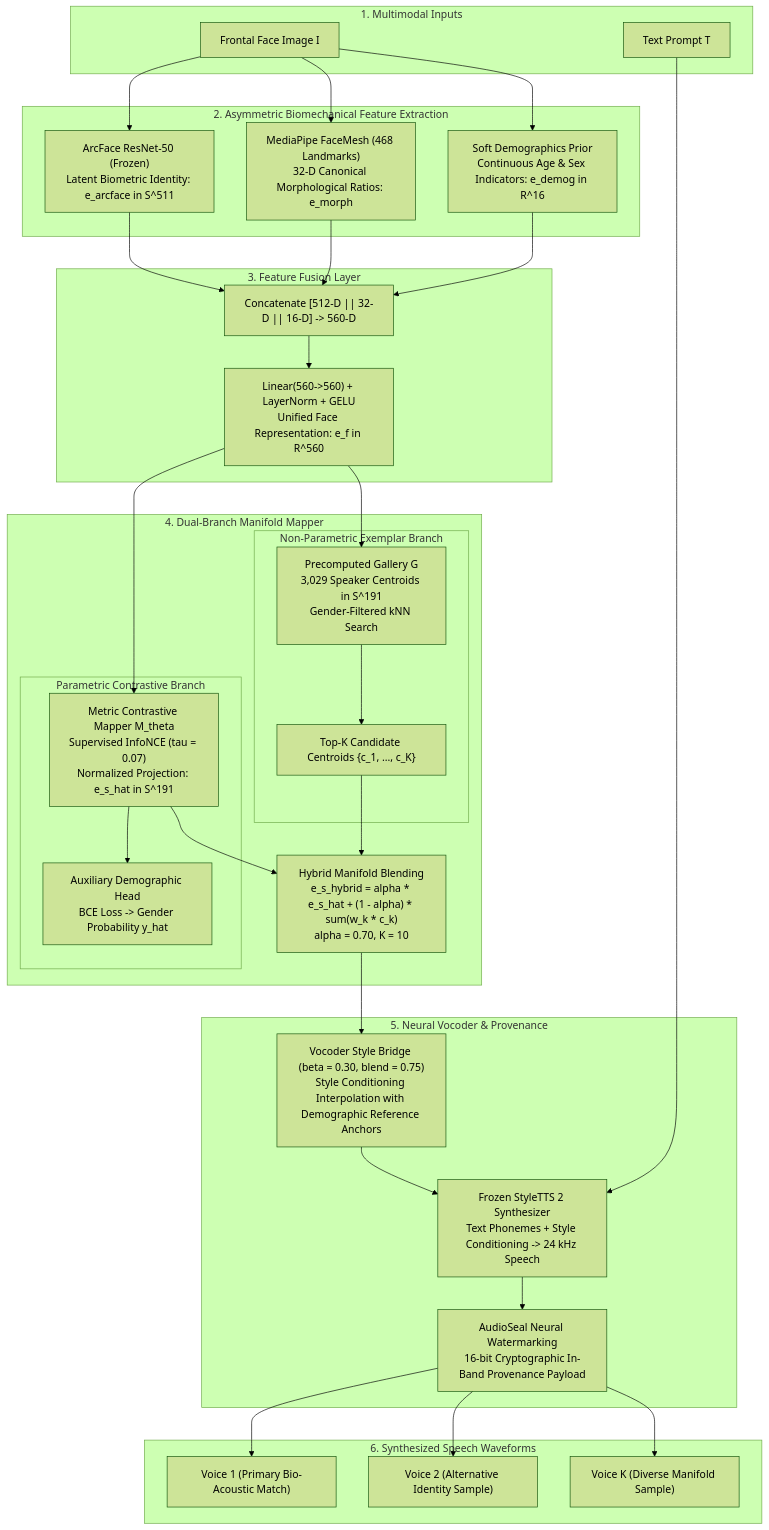
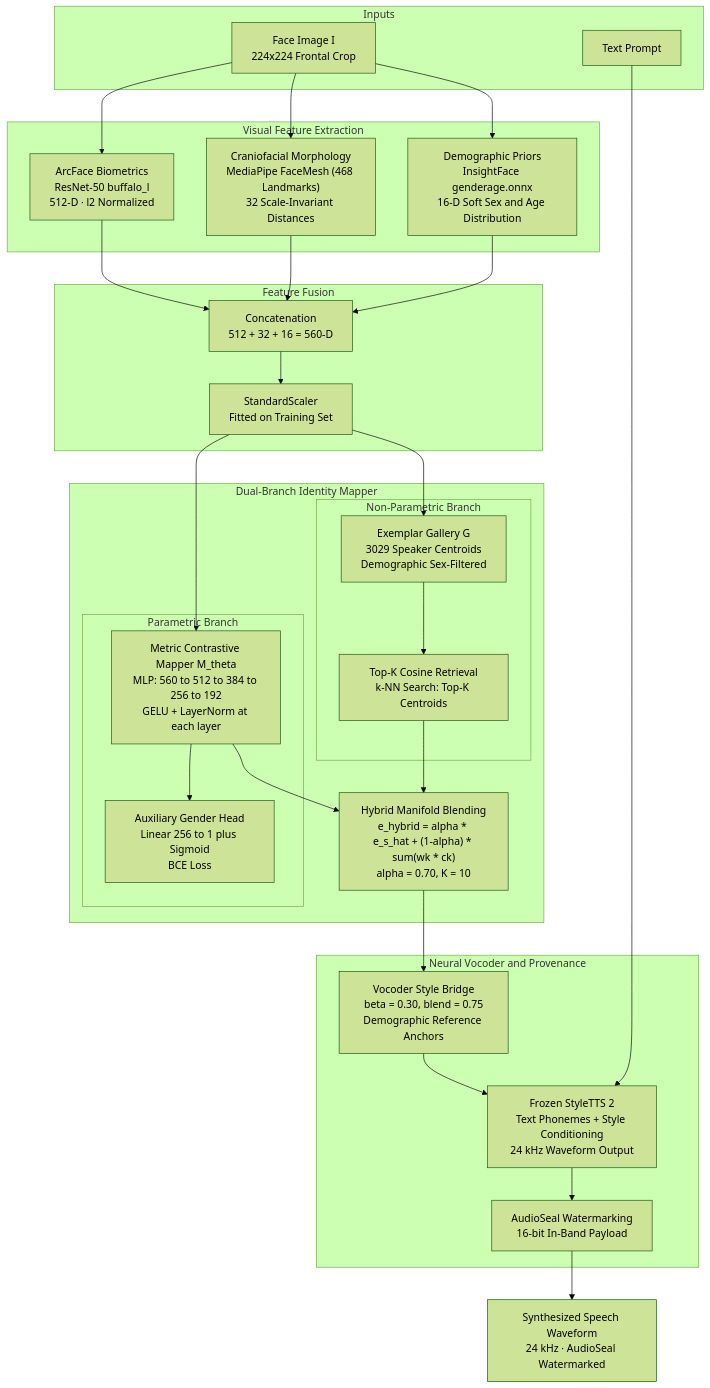
One commit to AdityaWagh19/Voix-F2S-System changed the fourth of 5 diagrams in README.md. Above: the diagram before and after it, drawn with Mermaid (forest theme). The commit also changed other lines of this file and 12 other files, not shown here.

First line of the commit message:
docs: overhaul README with Mermaid diagrams, proper LaTeX math, clean structure

````diff
--- a/README.md
+++ b/README.md
@@ -101,66 +84,55 @@
 ```mermaid
 flowchart TD
-    subgraph INPUT["1. Multimodal Inputs"]
-        IMG["Frontal Face Image I"]
-        TXT["Text Prompt T"]
+    subgraph INPUTS["Inputs"]
+        IMG["Face Image I<br/>224x224 Frontal Crop"]
+        TXT["Text Prompt"]
     end
 
-    subgraph ENCODING["2. Asymmetric Biomechanical Feature Extraction"]
-        AF["ArcFace ResNet-50 (Frozen)<br/>Latent Biometric Identity: e_arcface in S^511"]
-        FM["MediaPipe FaceMesh (468 Landmarks)<br/>32-D Canonical Morphological Ratios: e_morph"]
-        SD["Soft Demographics Prior<br/>Continuous Age & Sex Indicators: e_demog in R^16"]
+    subgraph VISUAL["Visual Feature Extraction"]
+        ARC["ArcFace Biometrics<br/>ResNet-50 buffalo_l<br/>512-D · l2 Normalized"]
+        MORPH["Craniofacial Morphology<br/>MediaPipe FaceMesh (468 Landmarks)<br/>32 Scale-Invariant Distances"]
+        DEMOG["Demographic Priors<br/>InsightFace genderage.onnx<br/>16-D Soft Sex and Age Distribution"]
     end
 
-    IMG --> AF
-    IMG --> FM
-    IMG --> SD
-
-    subgraph FUSION["3. Feature Fusion Layer"]
-        CONCAT["Concatenate [512-D || 32-D || 16-D] -> 560-D"]
-        PROJ["Linear(560->560) + LayerNorm + GELU<br/>Unified Face Representation: e_f in R^560"]
-        CONCAT --> PROJ
+    subgraph FUSION["Feature Fusion"]
+        CONCAT["Concatenation<br/>512 + 32 + 16 = 560-D"]
+        SCALE["StandardScaler<br/>Fitted on Training Set"]
     end
 
-    AF --> CONCAT
-    FM --> CONCAT
-    SD --> CONCAT
-
-    subgraph MAPPER["4. Dual-Branch Manifold Mapper"]
-        subgraph PARAMETRIC["Parametric Contrastive Branch"]
-            CONT["Metric Contrastive Mapper M_theta<br/>Supervised InfoNCE (tau = 0.07)<br/>Normalized Projection: e_s_hat in S^191"]
-            GEND["Auxiliary Demographic Head<br/>BCE Loss -> Gender Probability y_hat"]
-            CONT --> GEND
+    subgraph MAPPER["Dual-Branch Identity Mapper"]
+        subgraph PARAM["Parametric Branch"]
+            MLP["Metric Contrastive Mapper M_theta<br/>MLP: 560 to 512 to 384 to 256 to 192<br/>GELU + LayerNorm at each layer"]
+            GHEAD["Auxiliary Gender Head<br/>Linear 256 to 1 plus Sigmoid<br/>BCE Loss"]
+            MLP --> GHEAD
         end
-        subgraph NON_PARAMETRIC["Non-Parametric Exemplar Branch"]
-            GALLERY["Precomputed Gallery G<br/>3,029 Speaker Centroids in S^191<br/>Gender-Filtered kNN Search"]
-            NEIGHBORS["Top-K Candidate Centroids {c_1, ..., c_K}"]
-            GALLERY --> NEIGHBORS
+        subgraph NONPARAM["Non-Parametric Branch"]
+            GAL["Exemplar Gallery G<br/>3029 Speaker Centroids<br/>Demographic Sex-Filtered"]
+            KNN["Top-K Cosine Retrieval<br/>k-NN Search: Top-K Centroids"]
+            GAL --> KNN
         end
-        HYBRID["Hybrid Manifold Blending<br/>e_s_hybrid = alpha * e_s_hat + (1 - alpha) * sum(w_k * c_k)<br/>alpha = 0.70, K = 10"]
-        CONT --> HYBRID
-        NEIGHBORS --> HYBRID
+        BLEND["Hybrid Manifold Blending<br/>e_hybrid = alpha * e_s_hat + (1-alpha) * sum(wk * ck)<br/>alpha = 0.70, K = 10"]
+        MLP --> BLEND
+        KNN --> BLEND
     end
 
-    PROJ --> CONT
-    PROJ --> GALLERY
-
-    subgraph SYNTHESIS["5. Neural Vocoder & Provenance"]
-        BRIDGE["Vocoder Style Bridge (beta = 0.30, blend = 0.75)<br/>Style Conditioning Interpolation with Demographic Reference Anchors"]
-        TTS["Frozen StyleTTS 2 Synthesizer<br/>Text Phonemes + Style Conditioning -> 24 kHz Speech"]
-        WATERMARK["AudioSeal Neural Watermarking<br/>16-bit Cryptographic In-Band Provenance Payload"]
-        HYBRID --> BRIDGE
+    subgraph SYNTH["Neural Vocoder and Provenance"]
+        BRIDGE["Vocoder Style Bridge<br/>beta = 0.30, blend = 0.75<br/>Demographic Reference Anchors"]
+        TTS["Frozen StyleTTS 2<br/>Text Phonemes + Style Conditioning<br/>24 kHz Waveform Output"]
+        WM["AudioSeal Watermarking<br/>16-bit In-Band Payload"]
         BRIDGE --> TTS
-        TXT --> TTS
-        TTS --> WATERMARK
+        TTS --> WM
     end
 
-    subgraph OUTPUT["6. Synthesized Speech Waveforms"]
-        W1["Voice 1 (Primary Bio-Acoustic Match)"]
-        W2["Voice 2 (Alternative Identity Sample)"]
-        WK["Voice K (Diverse Manifold Sample)"]
-    end
-
-    WATERMARK --> W1
-    WATERMARK --> W2
-    WATERMARK --> WK
+    IMG --> ARC
+    IMG --> MORPH
+    IMG --> DEMOG
+    ARC --> CONCAT
+    MORPH --> CONCAT
+    DEMOG --> CONCAT
+    CONCAT --> SCALE
+    SCALE --> MLP
+    SCALE --> GAL
+    BLEND --> BRIDGE
+    TXT --> TTS
+    WM --> OUT["Synthesized Speech Waveform<br/>24 kHz · AudioSeal Watermarked"]
 ```
````
